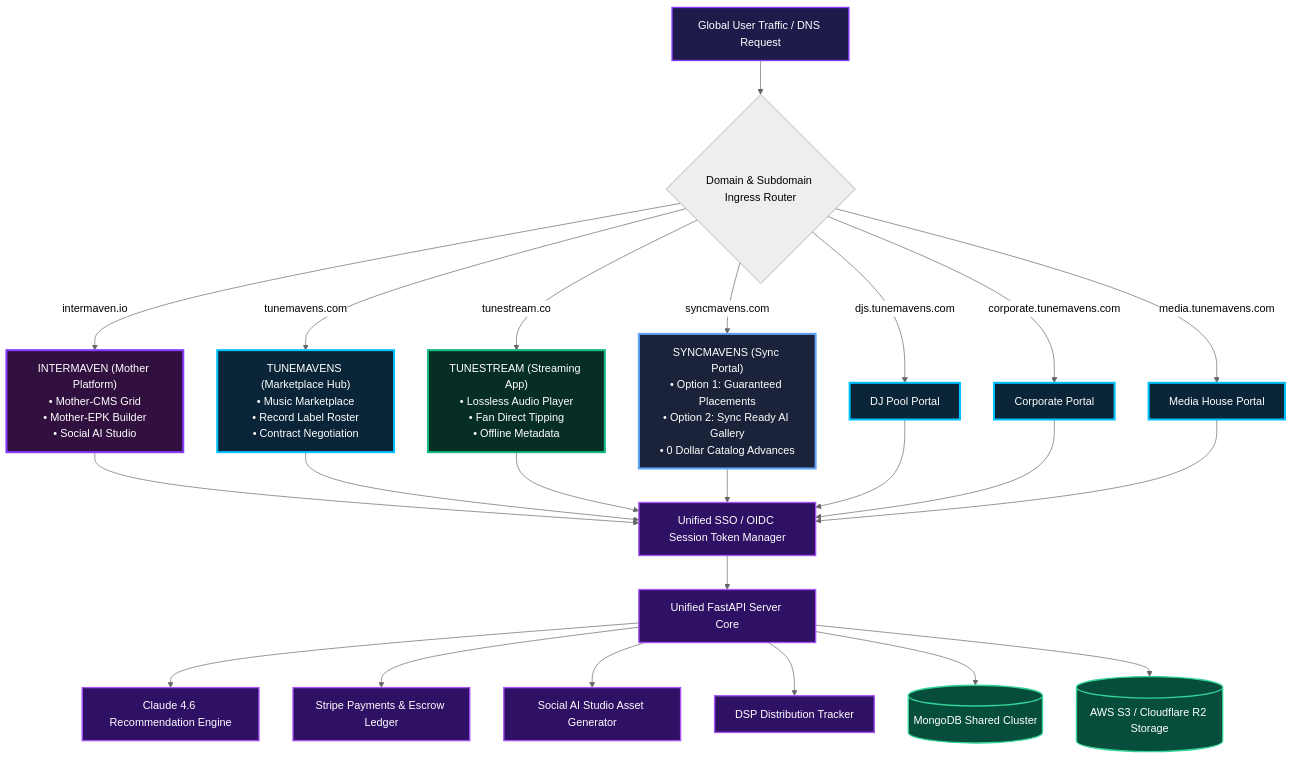
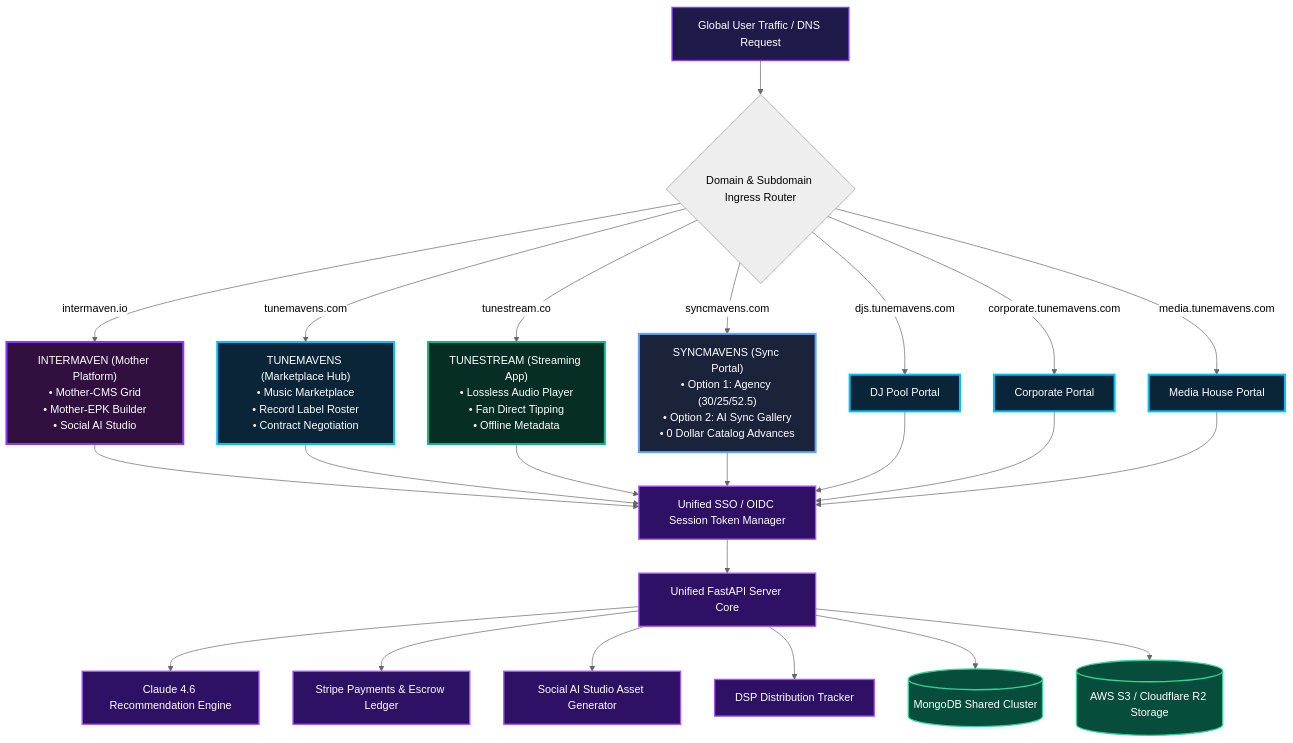
One commit to tunnel-vision-web/tunemavens changed the first of 2 diagrams in docs/ECOSYSTEM_ARCHITECTURE_AND_FLOWCHART.md. Above: the diagram before and after it, drawn with Mermaid (neutral theme). The commit also changed other lines of this file and 5 other files, not shown here.

Commit message:
docs: add exact SyncMavens 30/25/52.5 waterfall percentages to overview and add page 2 detailed tech stack specs to flowchart doc & PDF

````diff
--- a/docs/ECOSYSTEM_ARCHITECTURE_AND_FLOWCHART.md
+++ b/docs/ECOSYSTEM_ARCHITECTURE_AND_FLOWCHART.md
@@ -71,53 +71,53 @@
 ```mermaid
 flowchart TD
     %% Custom Styling Definitions using Brand Palette
     classDef ingressNode fill:#1e1b4b,stroke:#863bff,stroke-width:2px,color:#fff;
     classDef intermavenBrand fill:#31103f,stroke:#863bff,stroke-width:3px,color:#fff;
     classDef tunemavensBrand fill:#092537,stroke:#00c2ff,stroke-width:3px,color:#fff;
     classDef tunestreamBrand fill:#062e24,stroke:#10b981,stroke-width:3px,color:#fff;
     classDef syncmavensBrand fill:#1a233a,stroke:#60a5fa,stroke-width:3px,color:#fff;
     classDef coreEngine fill:#2e1065,stroke:#a855f7,stroke-width:2px,color:#fff;
     classDef dbLayer fill:#064e3b,stroke:#34d399,stroke-width:2px,color:#fff;
 
     %% Ingress Point
     GlobalUsers[Global User Traffic / DNS Request]:::ingressNode --> Router{Domain & Subdomain Ingress Router}
 
     %% Platform Ingress Routes
     Router -->|intermaven.io| IM["INTERMAVEN (Mother Platform)<br/>• Mother-CMS Grid<br/>• Mother-EPK Builder<br/>• Social AI Studio"]:::intermavenBrand
     Router -->|tunemavens.com| TM["TUNEMAVENS (Marketplace Hub)<br/>• Music Marketplace<br/>• Record Label Roster<br/>• Contract Negotiation"]:::tunemavensBrand
     Router -->|tunestream.co| TS["TUNESTREAM (Streaming App)<br/>• Lossless Audio Player<br/>• Fan Direct Tipping<br/>• Offline Metadata"]:::tunestreamBrand
-    Router -->|syncmavens.com| SM["SYNCMAVENS (Sync Portal)<br/>• Option 1: Guaranteed Placements<br/>• Option 2: Sync Ready AI Gallery<br/>• 0 Dollar Catalog Advances"]:::syncmavensBrand
+    Router -->|syncmavens.com| SM["SYNCMAVENS (Sync Portal)<br/>• Option 1: Agency (30/25/52.5)<br/>• Option 2: AI Sync Gallery<br/>• 0 Dollar Catalog Advances"]:::syncmavensBrand
 
     %% Role Subdomain Ingress
     Router -->|djs.tunemavens.com| DJSub["DJ Pool Portal"]:::tunemavensBrand
     Router -->|corporate.tunemavens.com| CorpSub["Corporate Portal"]:::tunemavensBrand
     Router -->|media.tunemavens.com| MediaSub["Media House Portal"]:::tunemavensBrand
 
     %% Interconnection to Unified Core
     IM --> AuthGate[Unified SSO / OIDC Session Token Manager]:::coreEngine
     TM --> AuthGate
     TS --> AuthGate
     SM --> AuthGate
     DJSub --> AuthGate
     CorpSub --> AuthGate
     MediaSub --> AuthGate
 
     %% Unified Core Backend Services
     AuthGate --> FastAPI[Unified FastAPI Server Core]:::coreEngine
     FastAPI --> AIRecommendation[Claude 4.6 Recommendation Engine]:::coreEngine
     FastAPI --> StripeEngine[Stripe Payments & Escrow Ledger]:::coreEngine
     FastAPI --> SocialAIEngine[Social AI Studio Asset Generator]:::coreEngine
     FastAPI --> DistroTracker[DSP Distribution Tracker]:::coreEngine
 
     %% Database & Asset Storage
     FastAPI --> MongoCluster[(MongoDB Shared Cluster)]:::dbLayer
     FastAPI --> S3Storage[(AWS S3 / Cloudflare R2 Storage)]:::dbLayer
 
     class GlobalUsers ingressNode;
     class IM intermavenBrand;
     class TM,DJSub,CorpSub,MediaSub tunemavensBrand;
     class TS tunestreamBrand;
     class SM syncmavensBrand;
     class AuthGate,FastAPI,AIRecommendation,StripeEngine,SocialAIEngine,DistroTracker coreEngine;
     class MongoCluster,S3Storage dbLayer;
 ```
````
